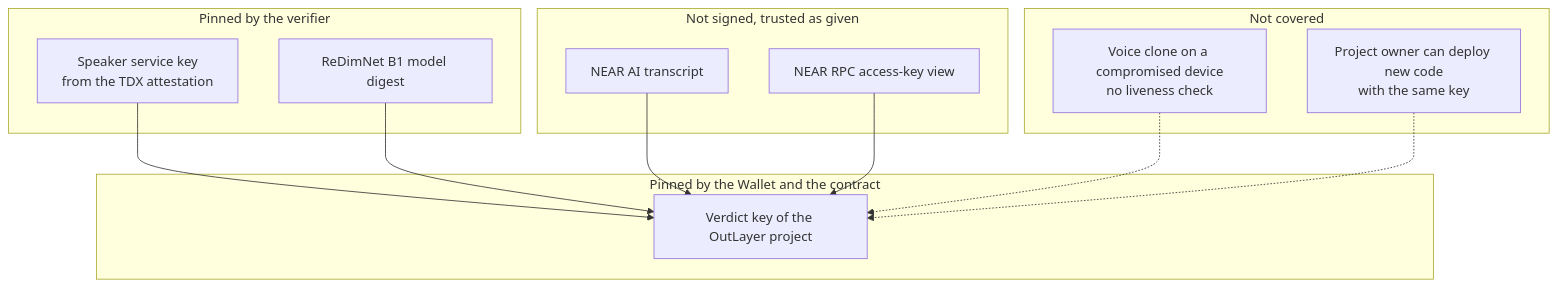
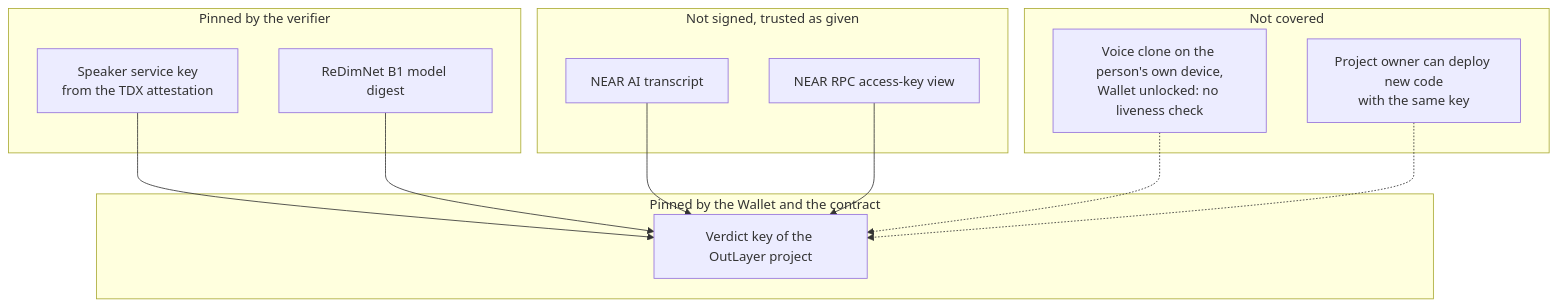
Before and after one commit to seams-tech/speak-to-sign: the eighth of 9 diagrams in docs/architecture.md, drawn with Mermaid. The commit also changed 4 other files, not shown here.

First line of the commit message:
Docs: a voice clone works only on the person's own device with the Wallet unlocked

````diff
--- a/docs/architecture.md
+++ b/docs/architecture.md
@@ -263,25 +263,25 @@
 ```mermaid
 flowchart TB
   subgraph Pinned["Pinned by the Wallet and the contract"]
     VK["Verdict key of the OutLayer project"]
   end
   subgraph PinnedV["Pinned by the verifier"]
     SK["Speaker service key<br/>from the TDX attestation"]
     MD["ReDimNet B1 model digest"]
   end
   subgraph Unsigned["Not signed, trusted as given"]
     TR["NEAR AI transcript"]
     AK["NEAR RPC access-key view"]
   end
   subgraph Open["Not covered"]
-    CL["Voice clone on a compromised device<br/>no liveness check"]
+    CL["Voice clone on the person's own device,<br/>Wallet unlocked: no liveness check"]
     PO["Project owner can deploy new code<br/>with the same key"]
   end
 
   SK --> VK
   MD --> VK
   TR --> VK
   AK --> VK
   CL -.-> VK
   PO -.-> VK
 ```
````
